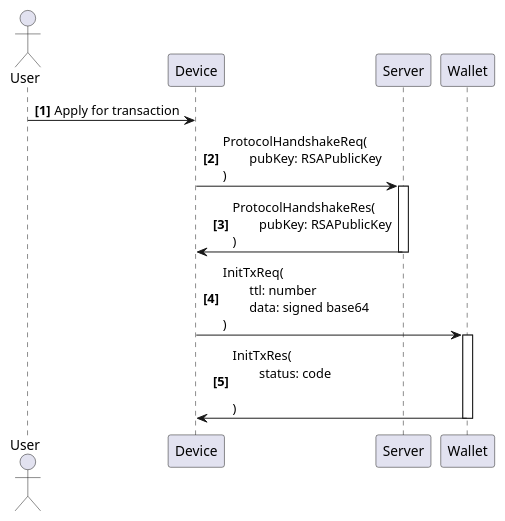
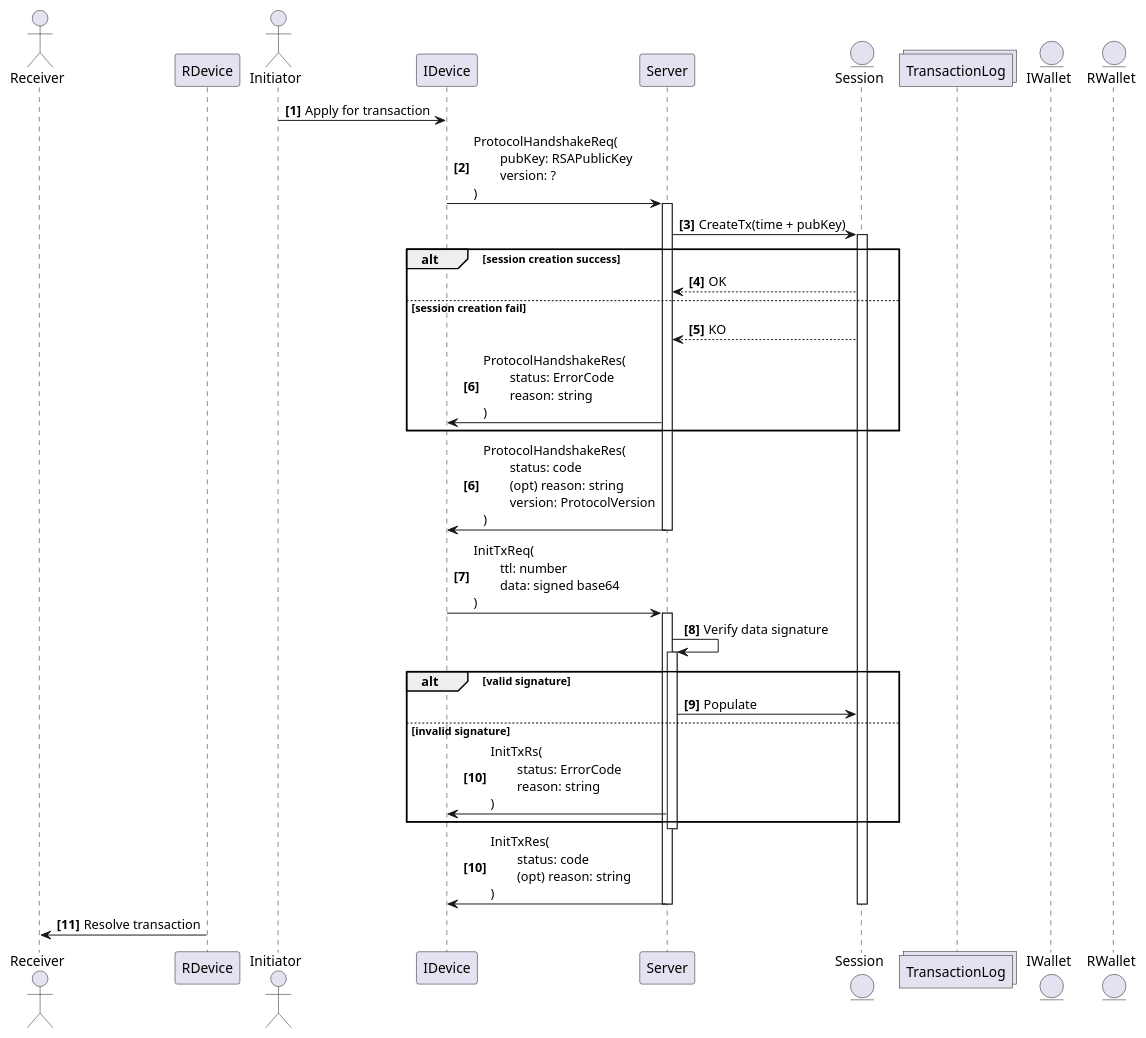
Before and after one commit to ormi-org/snackticker-core: the diagram in doc/spec/single-tier-transaction.seq.puml, drawn with PlantUML.

Commit message:
[feature][23] WIP: tx-proto ~ WIP: update seq diag doc

```diff
--- a/doc/spec/single-tier-transaction.seq.puml
+++ b/doc/spec/single-tier-transaction.seq.puml
@@ -1,18 +1,49 @@
 @startuml single-tier-transaction
 
 autonumber "<b>[0]"
 
-actor       User
-participant Device
+actor       Receiver
+participant RDevice
+actor       Initiator
+participant IDevice
 participant Server
-participant Wallet
-User -> Device : Apply for transaction
-Device -> Server : ProtocolHandshakeReq(\n\tpubKey: RSAPublicKey\n)
+
+entity Session
+collections TransactionLog
+
+entity IWallet
+entity RWallet
+
+Initiator -> IDevice : Apply for transaction
+
+IDevice -> Server : ProtocolHandshakeReq(\n\tpubKey: RSAPublicKey\n\tversion: ?\n)
 activate Server
-Server -> Device : ProtocolHandshakeRes(\n\tpubKey: RSAPublicKey\n)
+Server -> Session : CreateTx(time + pubKey)
+alt session creation success
+  activate Session
+  Session --> Server : OK
+else session creation fail
+  Session --> Server : KO
+  Server -> IDevice : ProtocolHandshakeRes(\n\tstatus: ErrorCode\n\treason: string\n)
+end
+autonumber 6 "<b>[#]"
+Server -> IDevice : ProtocolHandshakeRes(\n\tstatus: code\n\t(opt) reason: string\n\tversion: ProtocolVersion\n)
 deactivate Server
-Device -> Wallet : InitTxReq(\n\tttl: number\n\tdata: signed base64\n)
-activate Wallet
-Wallet -> Device : InitTxRes(\n\tstatus: code\n\t\n)
-deactivate Wallet
+
+IDevice -> Server : InitTxReq(\n\tttl: number\n\tdata: signed base64\n)
+activate Server
+Server -> Server : Verify data signature
+alt valid signature
+  activate Server
+  Server -> Session : Populate
+else invalid signature
+  Server -> IDevice : InitTxRs(\n\tstatus: ErrorCode\n\treason: string\n)
+end
+deactivate Server
+autonumber 10 "<b>[#]"
+Server -> IDevice : InitTxRes(\n\tstatus: code\n\t(opt) reason: string\n)
+deactivate Server
+
+deactivate Session
+RDevice -> Receiver : Resolve transaction
 @enduml
```
